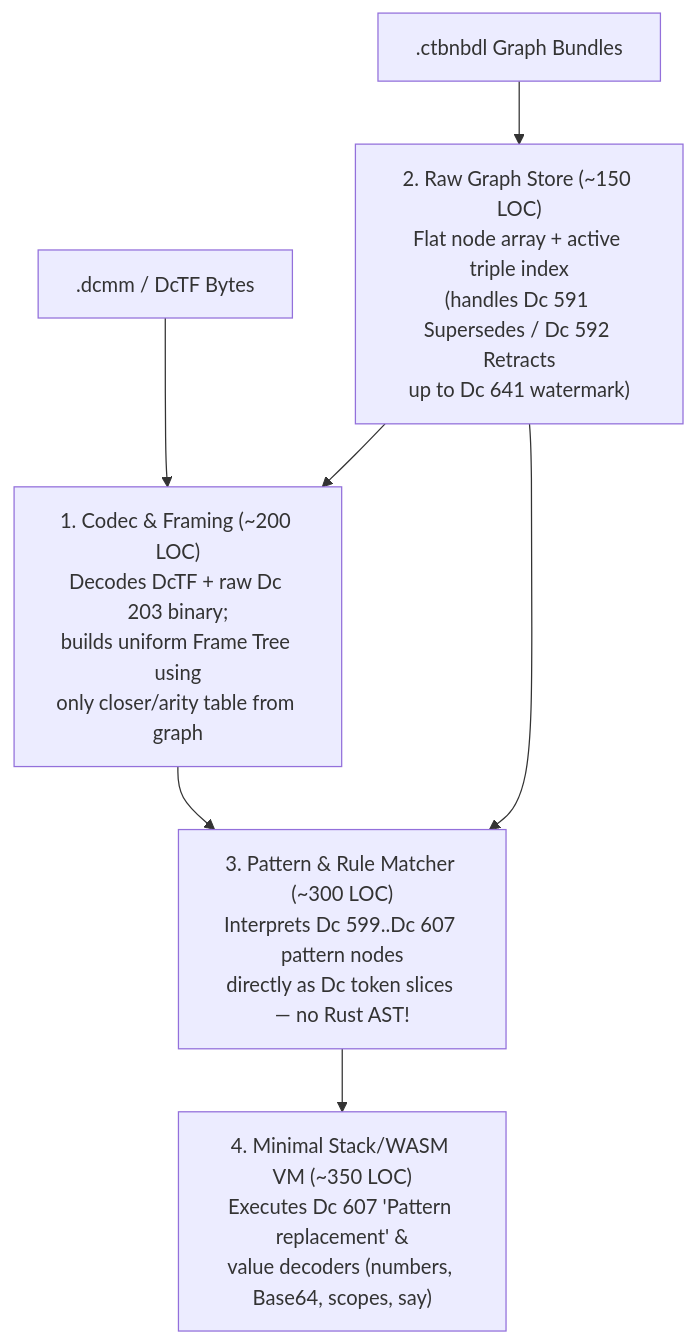
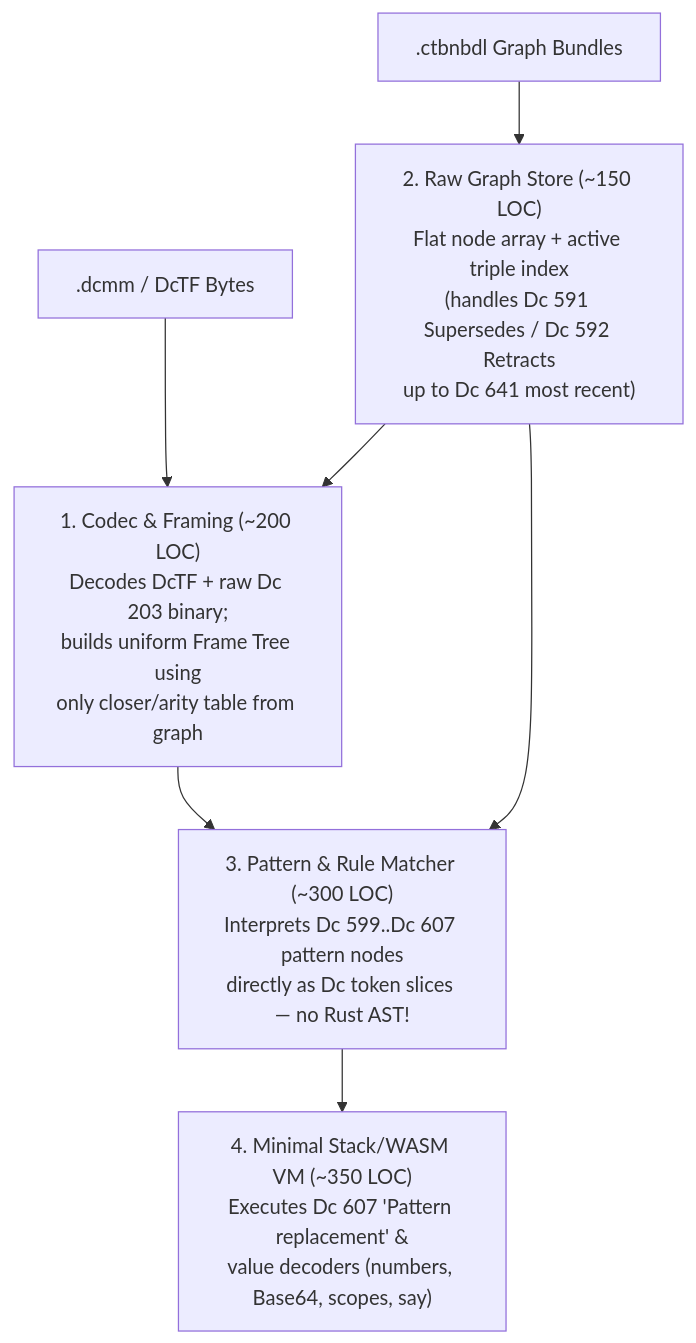
One commit to collectivetoolbox/collectivetoolbox changed the second of 2 diagrams in docs/chats/2026-10-31-language.md. Above: the diagram before and after it, drawn with Mermaid.

Commit message:
docs: Fix wording

````diff
--- a/docs/chats/2026-10-31-language.md
+++ b/docs/chats/2026-10-31-language.md
@@ -470,9 +470,9 @@
 ```mermaid
 flowchart TD
     Bytes[".dcmm / DcTF Bytes"] --> L0["1. Codec & Framing (~200 LOC)<br/>Decodes DcTF + raw Dc 203 binary;<br/>builds uniform Frame Tree using<br/>only closer/arity table from graph"]
-    Graph[".ctbnbdl Graph Bundles"] --> L1["2. Raw Graph Store (~150 LOC)<br/>Flat node array + active triple index<br/>(handles Dc 591 Supersedes / Dc 592 Retracts<br/>up to Dc 641 watermark)"]
+    Graph[".ctbnbdl Graph Bundles"] --> L1["2. Raw Graph Store (~150 LOC)<br/>Flat node array + active triple index<br/>(handles Dc 591 Supersedes / Dc 592 Retracts<br/>up to Dc 641 most recent)"]
     L1 --> L0
     L0 --> L2["3. Pattern & Rule Matcher (~300 LOC)<br/>Interprets Dc 599..Dc 607 pattern nodes<br/>directly as Dc token slices — no Rust AST!"]
     L1 --> L2
     L2 --> L3["4. Minimal Stack/WASM VM (~350 LOC)<br/>Executes Dc 607 'Pattern replacement' &<br/>value decoders (numbers, Base64, scopes, say)"]
 ```
````
